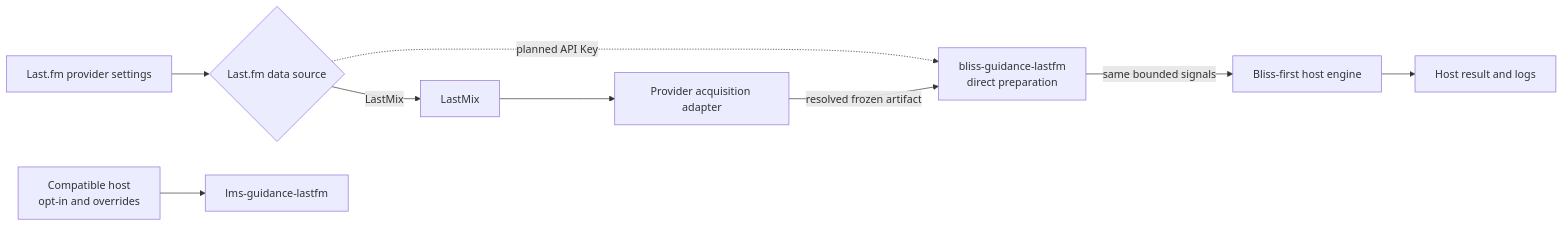
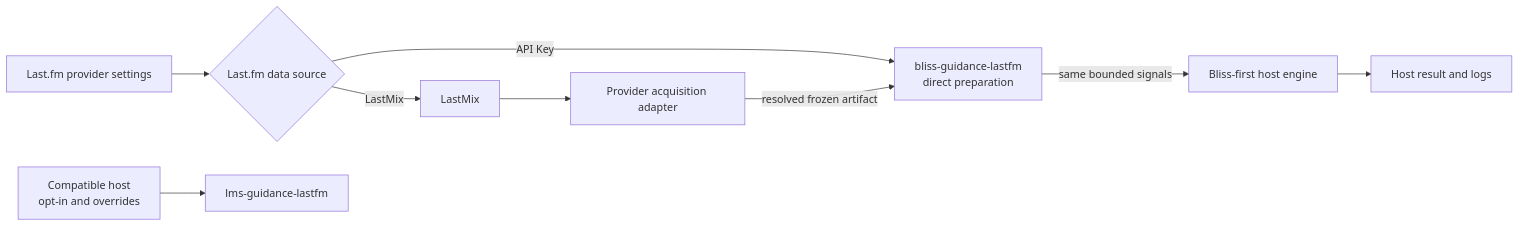
The diagram in LASTFM_GUIDANCE_ACQUISITION_PLAN.md (chrober/bliss-similarity-design), drawn with Mermaid before and after one commit. The commit also changed other lines of this file and 1 other file, not shown here.

````diff
--- a/LASTFM_GUIDANCE_ACQUISITION_PLAN.md
+++ b/LASTFM_GUIDANCE_ACQUISITION_PLAN.md
@@ -69,11 +69,11 @@
 ```mermaid
 flowchart LR
     PS[Last.fm provider settings] --> S{Last.fm data source}
     H[Compatible host\nopt-in and overrides] --> P[lms-guidance-lastfm]
     S -->|LastMix| LM[LastMix]
     LM --> A[Provider acquisition adapter]
-    S -.->|planned API Key| D[bliss-guidance-lastfm\ndirect preparation]
+    S -->|API Key| D[bliss-guidance-lastfm\ndirect preparation]
     A -->|resolved frozen artifact| D
     D -->|same bounded signals| O[Bliss-first host engine]
     O --> R[Host result and logs]
 ```
````
